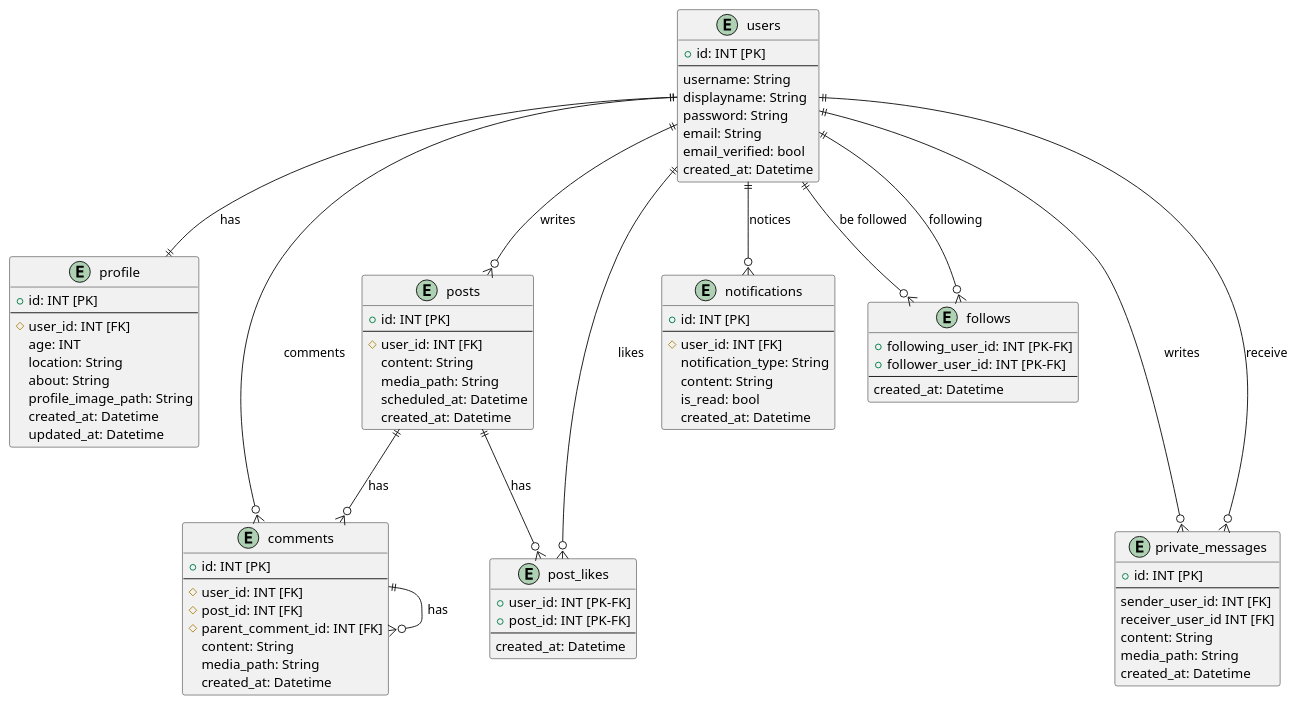
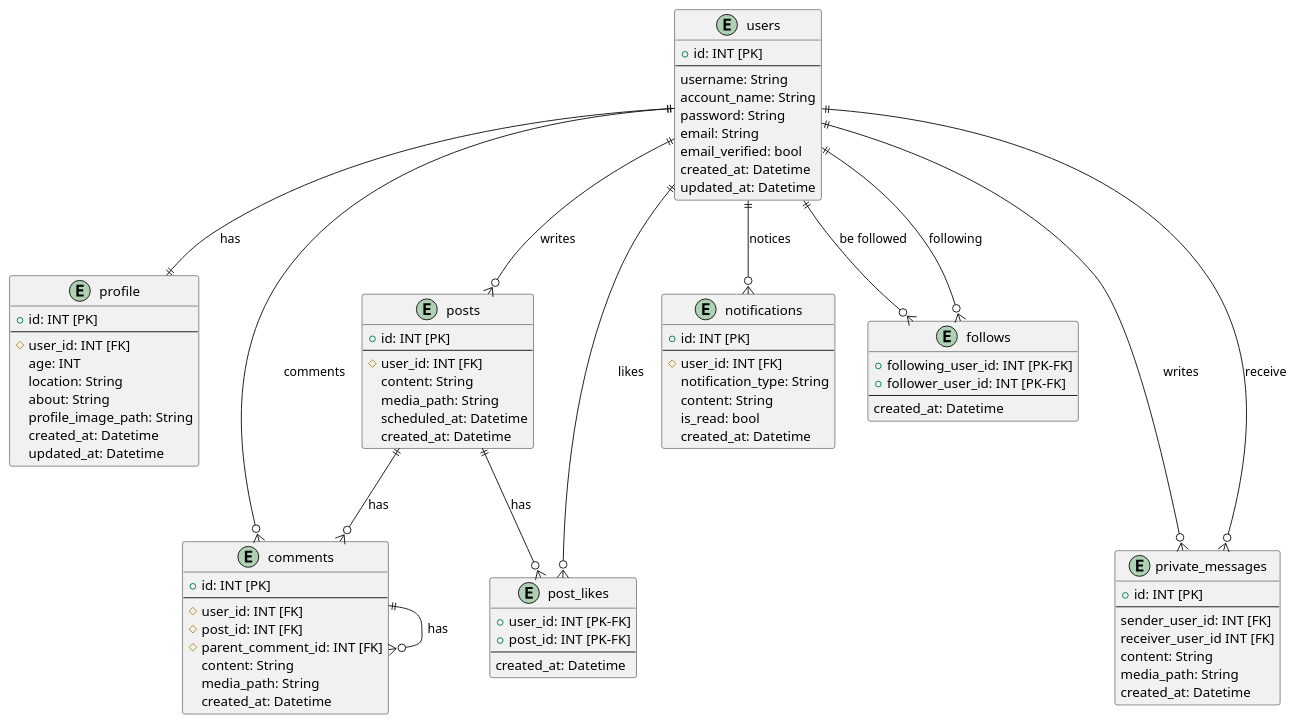
Before and after one commit to AkinoJoey/SocialNetworkingService: the diagram in diagrams/er/er.pu, drawn with PlantUML.

Commit message:
usersテーブルを更新

```diff
--- a/diagrams/er/er.pu
+++ b/diagrams/er/er.pu
@@ -1,95 +1,96 @@
 @startuml er
 
 Entity users{
     + id: INT [PK]
     --
     username: String
-    displayname: String
+    account_name: String
     password: String
     email: String
     email_verified: bool
     created_at: Datetime
+    updated_at: Datetime
 }
 
 Entity profile{
     + id: INT [PK]
     --
     # user_id: INT [FK]
     age: INT
     location: String
     about: String
     profile_image_path: String
     created_at: Datetime
     updated_at: Datetime
 }
 
 Entity posts{
     + id: INT [PK]
     --
     # user_id: INT [FK]
     content: String
     media_path: String
     scheduled_at: Datetime
     created_at: Datetime
 }
 
 Entity comments{
     + id: INT [PK]
     --
     # user_id: INT [FK]
     # post_id: INT [FK]
     # parent_comment_id: INT [FK]
     content: String
     media_path: String
     created_at: Datetime
 }
 
 Entity post_likes{
     + user_id: INT [PK-FK]
     + post_id: INT [PK-FK]
     --
     created_at: Datetime
 }
 
 Entity notifications{
     + id: INT [PK]
     --
     # user_id: INT [FK]
     notification_type: String
     content: String
     is_read: bool
     created_at: Datetime
 }
 
 Entity follows{
     + following_user_id: INT [PK-FK]
     + follower_user_id: INT [PK-FK]
     --
     created_at: Datetime
 }
 
 Entity private_messages{
     + id: INT [PK]
     --
     sender_user_id: INT [FK]
     receiver_user_id INT [FK]
     content: String
     media_path: String
     created_at: Datetime
 }
 
 
 users ||--o{ posts: writes
 users ||--o{ comments: comments
 posts ||--o{ comments: has
 posts ||--o{ post_likes: has
 comments ||--o{ comments: has
 users ||--o{ follows: following
 users ||--o{ follows: be followed
 users ||---o{ private_messages: writes
 users ||---o{ private_messages: receive
 users ||--o{ notifications: notices
 users ||--o{ post_likes: likes
 users ||--|| profile: has
 
 @enduml
```
